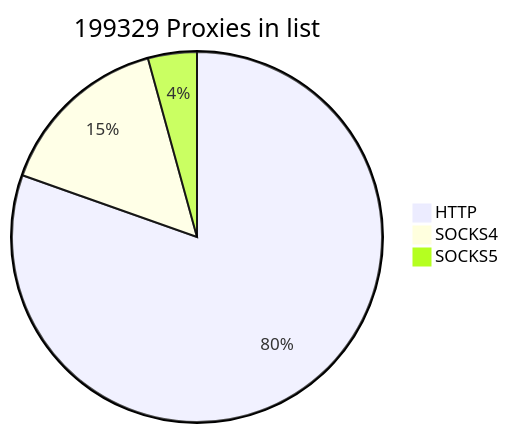
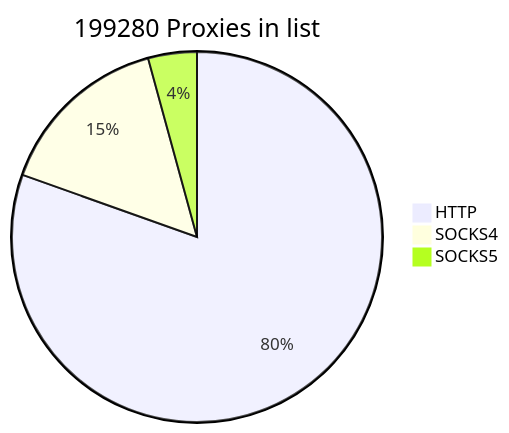
Before and after one commit to cutipu/proxylist: the first of 2 diagrams in README.md, drawn with Mermaid. The commit also changed other lines of this file, not shown here.

````diff
--- a/README.md
+++ b/README.md
@@ -2,7 +2,7 @@
 ```mermaid
-pie title 199329 Proxies in list
-    "HTTP" : 160282
-    "SOCKS4" : 30544
-    "SOCKS5" : 8503
+pie title 199280 Proxies in list
+    "HTTP" : 160315
+    "SOCKS4" : 30488
+    "SOCKS5" : 8477
             
 ```
````
